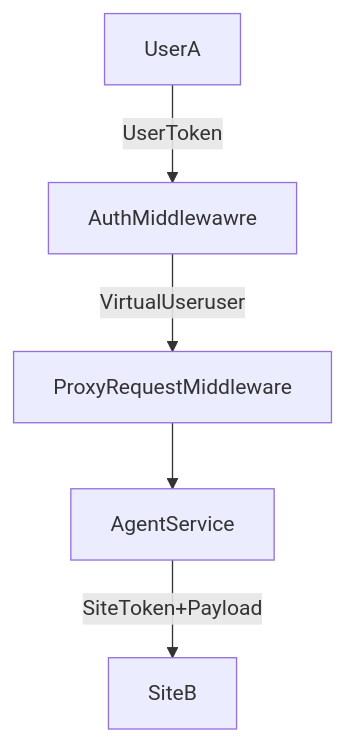
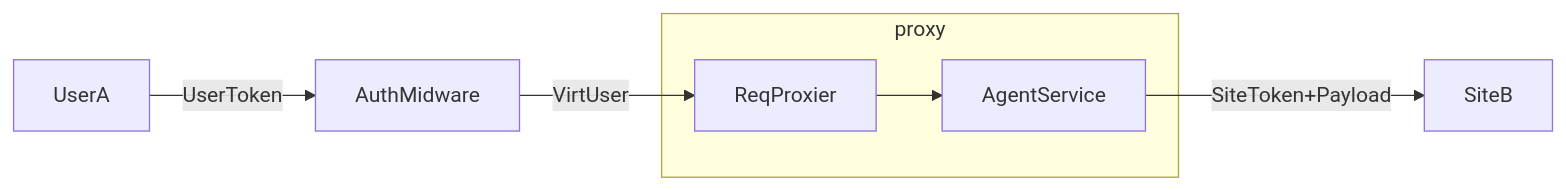
Before and after one commit to vivlog/vivlog: the third of 4 diagrams in packages/vivlog-docs/reference/agent.md, drawn with Mermaid. The commit also changed other lines of this file and 17 other files, not shown here.

````diff
--- a/packages/vivlog-docs/reference/agent.md
+++ b/packages/vivlog-docs/reference/agent.md
@@ -73,9 +73,11 @@
 ```mermaid
-flowchart TB
+flowchart LR
 
-    UserA --> |UserToken|AuthMiddlewawre
-    AuthMiddlewawre --> |VirtualUseruser|ProxyRequestMiddleware
-    ProxyRequestMiddleware --> AgentService
+    UserA --> |UserToken|AuthMidware
+    AuthMidware --> |VirtUser|ReqProxier
+    subgraph proxy
+    ReqProxier --> AgentService
+    end
     AgentService-->|SiteToken+Payload| SiteB
 
 ```
````
